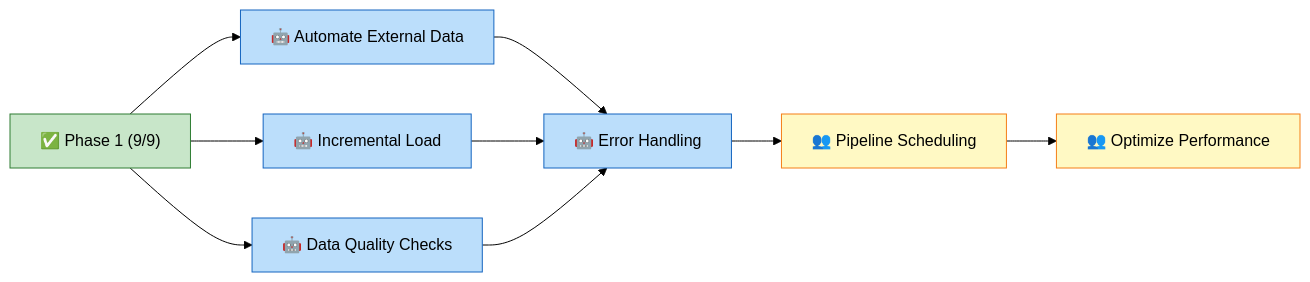
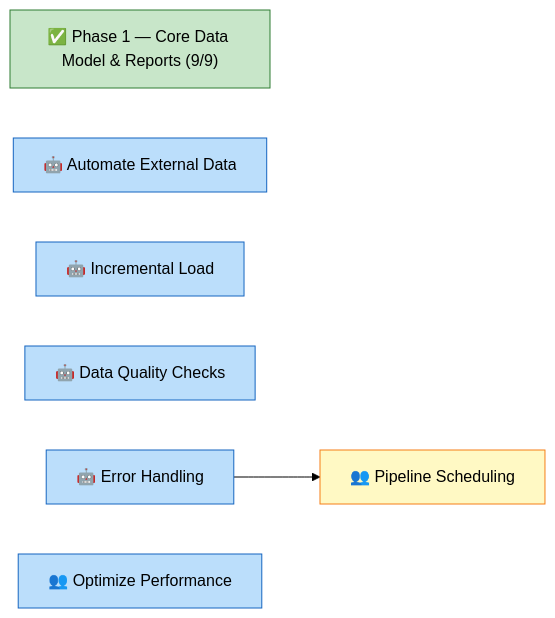
The diagram in .claude/dashboard.md (erikemilsson/OEMMatInsightBI), drawn with Mermaid (forest theme) before and after one commit. The commit also changed other lines of this file and 18 other files, not shown here.

````diff
--- a/.claude/dashboard.md
+++ b/.claude/dashboard.md
@@ -76,28 +77,21 @@
 ```mermaid
 graph LR
-    P1["✅ Phase 1 (9/9)"]
+    P1["✅ Phase 1 — Core Data Model & Reports (9/9)"]
     T005["🤖 Automate External Data"]
     T006["🤖 Incremental Load"]
     T007["🤖 Data Quality Checks"]
     T011["🤖 Error Handling"]
     T010["👥 Pipeline Scheduling"]
     T012["👥 Optimize Performance"]
 
-    P1 --> T005
-    P1 --> T006
-    P1 --> T007
     T011 --> T010
-    T005 --> T011
-    T006 --> T011
-    T007 --> T011
-    T010 --> T012
 
     classDef done fill:#c8e6c9,stroke:#2e7d32
     classDef active fill:#bbdefb,stroke:#1565c0
     classDef human fill:#fff9c4,stroke:#f57f17
     classDef blocked fill:#f5f5f5,stroke:#9e9e9e
 
     class P1 done
-    class T005,T006,T007,T011 active
-    class T010,T012 human
+    class T005,T006,T007,T011,T012 active
+    class T010 human
 ```
````
